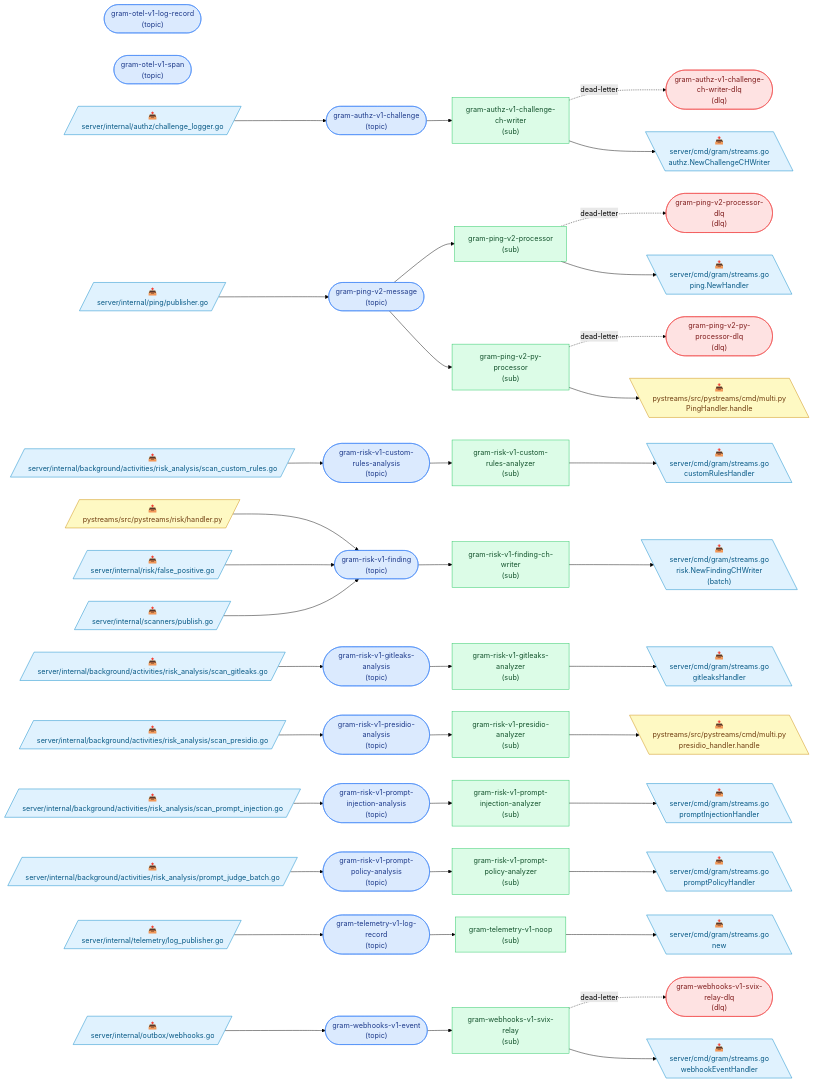
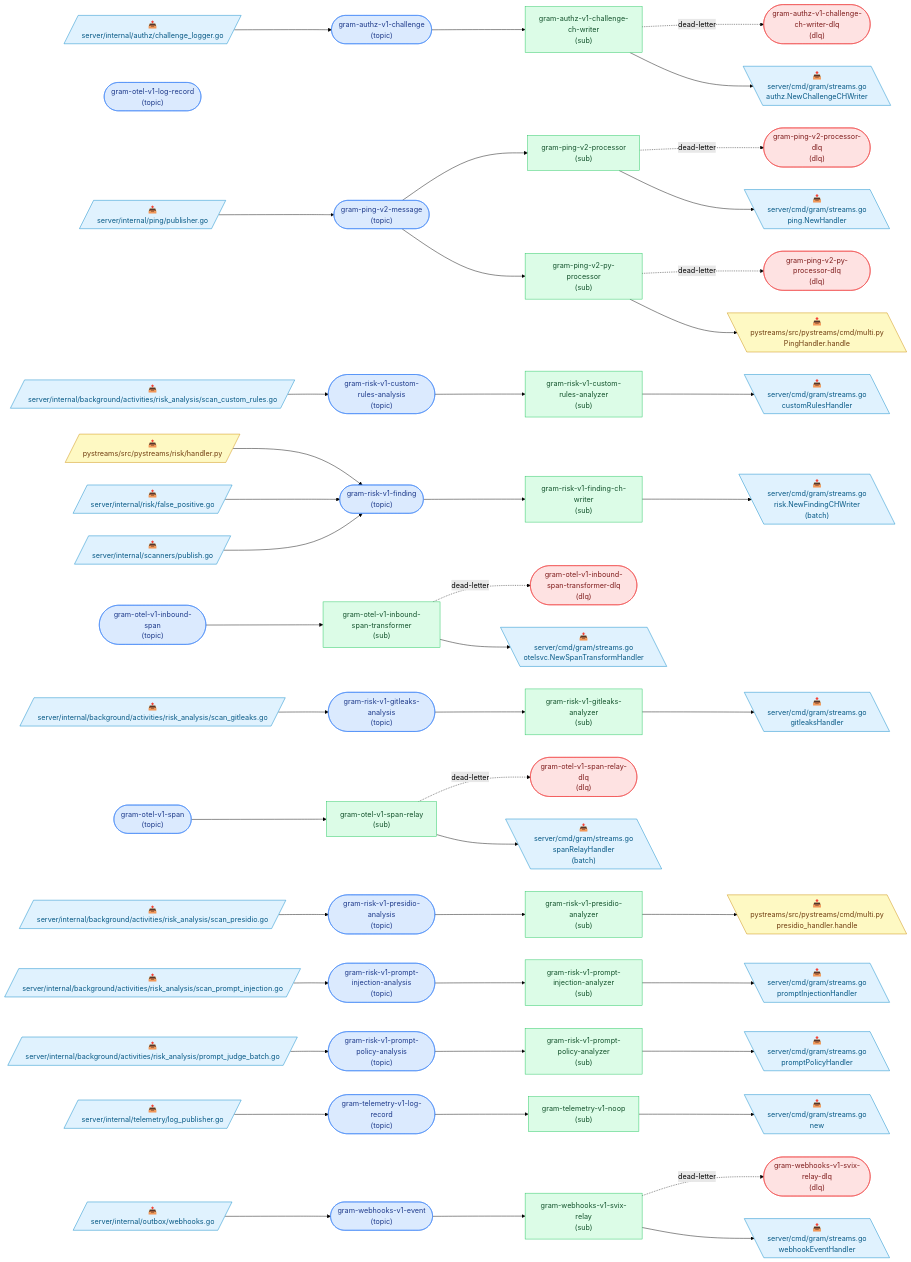
One commit to speakeasy-api/gram changed the diagram in docs/pubsub-topology.md. Above: the diagram before and after it, drawn with Mermaid (forest theme). The commit also changed other lines of this file and 89 other files, not shown here.

````diff
--- a/docs/pubsub-topology.md
+++ b/docs/pubsub-topology.md
@@ -17,8 +17,11 @@
 
   t_gram_authz_v1_challenge(["gram-authz-v1-challenge<br/>(topic)"]):::topic
   t_gram_authz_v1_challenge_ch_writer_dlq(["gram-authz-v1-challenge-ch-writer-dlq<br/>(dlq)"]):::dlq
+  t_gram_otel_v1_inbound_span(["gram-otel-v1-inbound-span<br/>(topic)"]):::topic
+  t_gram_otel_v1_inbound_span_transformer_dlq(["gram-otel-v1-inbound-span-transformer-dlq<br/>(dlq)"]):::dlq
   t_gram_otel_v1_log_record(["gram-otel-v1-log-record<br/>(topic)"]):::topic
   t_gram_otel_v1_span(["gram-otel-v1-span<br/>(topic)"]):::topic
+  t_gram_otel_v1_span_relay_dlq(["gram-otel-v1-span-relay-dlq<br/>(dlq)"]):::dlq
   t_gram_ping_v2_message(["gram-ping-v2-message<br/>(topic)"]):::topic
   t_gram_ping_v2_processor_dlq(["gram-ping-v2-processor-dlq<br/>(dlq)"]):::dlq
   t_gram_ping_v2_py_processor_dlq(["gram-ping-v2-py-processor-dlq<br/>(dlq)"]):::dlq
@@ -32,6 +35,8 @@
   t_gram_webhooks_v1_event(["gram-webhooks-v1-event<br/>(topic)"]):::topic
   t_gram_webhooks_v1_svix_relay_dlq(["gram-webhooks-v1-svix-relay-dlq<br/>(dlq)"]):::dlq
   s_gram_authz_v1_challenge_ch_writer["gram-authz-v1-challenge-ch-writer<br/>(sub)"]:::sub
+  s_gram_otel_v1_inbound_span_transformer["gram-otel-v1-inbound-span-transformer<br/>(sub)"]:::sub
+  s_gram_otel_v1_span_relay["gram-otel-v1-span-relay<br/>(sub)"]:::sub
   s_gram_ping_v2_processor["gram-ping-v2-processor<br/>(sub)"]:::sub
   s_gram_ping_v2_py_processor["gram-ping-v2-py-processor<br/>(sub)"]:::sub
   s_gram_risk_v1_custom_rules_analyzer["gram-risk-v1-custom-rules-analyzer<br/>(sub)"]:::sub
@@ -69,6 +74,10 @@
   p11 --> t_gram_webhooks_v1_event
   t_gram_authz_v1_challenge --> s_gram_authz_v1_challenge_ch_writer
   s_gram_authz_v1_challenge_ch_writer -. dead-letter .-> t_gram_authz_v1_challenge_ch_writer_dlq
+  t_gram_otel_v1_inbound_span --> s_gram_otel_v1_inbound_span_transformer
+  s_gram_otel_v1_inbound_span_transformer -. dead-letter .-> t_gram_otel_v1_inbound_span_transformer_dlq
+  t_gram_otel_v1_span --> s_gram_otel_v1_span_relay
+  s_gram_otel_v1_span_relay -. dead-letter .-> t_gram_otel_v1_span_relay_dlq
   t_gram_ping_v2_message --> s_gram_ping_v2_processor
   s_gram_ping_v2_processor -. dead-letter .-> t_gram_ping_v2_processor_dlq
   t_gram_ping_v2_message --> s_gram_ping_v2_py_processor
@@ -84,24 +93,28 @@
   s_gram_webhooks_v1_svix_relay -. dead-letter .-> t_gram_webhooks_v1_svix_relay_dlq
   c12[\"📥<br/>server/cmd/gram/streams.go<br/>authz.NewChallengeCHWriter"\]:::go
   s_gram_authz_v1_challenge_ch_writer --> c12
-  c13[\"📥<br/>server/cmd/gram/streams.go<br/>ping.NewHandler"\]:::go
-  s_gram_ping_v2_processor --> c13
-  c14[\"📥<br/>pystreams/src/pystreams/cmd/multi.py<br/>PingHandler.handle"\]:::python
-  s_gram_ping_v2_py_processor --> c14
-  c15[\"📥<br/>server/cmd/gram/streams.go<br/>customRulesHandler"\]:::go
-  s_gram_risk_v1_custom_rules_analyzer --> c15
-  c16[\"📥<br/>server/cmd/gram/streams.go<br/>risk.NewFindingCHWriter<br/>(batch)"\]:::go
-  s_gram_risk_v1_finding_ch_writer --> c16
-  c17[\"📥<br/>server/cmd/gram/streams.go<br/>gitleaksHandler"\]:::go
-  s_gram_risk_v1_gitleaks_analyzer --> c17
-  c18[\"📥<br/>pystreams/src/pystreams/cmd/multi.py<br/>presidio_handler.handle"\]:::python
-  s_gram_risk_v1_presidio_analyzer --> c18
-  c19[\"📥<br/>server/cmd/gram/streams.go<br/>promptInjectionHandler"\]:::go
-  s_gram_risk_v1_prompt_injection_analyzer --> c19
-  c20[\"📥<br/>server/cmd/gram/streams.go<br/>promptPolicyHandler"\]:::go
-  s_gram_risk_v1_prompt_policy_analyzer --> c20
-  c21[\"📥<br/>server/cmd/gram/streams.go<br/>new"\]:::go
-  s_gram_telemetry_v1_noop --> c21
-  c22[\"📥<br/>server/cmd/gram/streams.go<br/>webhookEventHandler"\]:::go
-  s_gram_webhooks_v1_svix_relay --> c22
+  c13[\"📥<br/>server/cmd/gram/streams.go<br/>otelsvc.NewSpanTransformHandler"\]:::go
+  s_gram_otel_v1_inbound_span_transformer --> c13
+  c14[\"📥<br/>server/cmd/gram/streams.go<br/>spanRelayHandler<br/>(batch)"\]:::go
+  s_gram_otel_v1_span_relay --> c14
+  c15[\"📥<br/>server/cmd/gram/streams.go<br/>ping.NewHandler"\]:::go
+  s_gram_ping_v2_processor --> c15
+  c16[\"📥<br/>pystreams/src/pystreams/cmd/multi.py<br/>PingHandler.handle"\]:::python
+  s_gram_ping_v2_py_processor --> c16
+  c17[\"📥<br/>server/cmd/gram/streams.go<br/>customRulesHandler"\]:::go
+  s_gram_risk_v1_custom_rules_analyzer --> c17
+  c18[\"📥<br/>server/cmd/gram/streams.go<br/>risk.NewFindingCHWriter<br/>(batch)"\]:::go
+  s_gram_risk_v1_finding_ch_writer --> c18
+  c19[\"📥<br/>server/cmd/gram/streams.go<br/>gitleaksHandler"\]:::go
+  s_gram_risk_v1_gitleaks_analyzer --> c19
+  c20[\"📥<br/>pystreams/src/pystreams/cmd/multi.py<br/>presidio_handler.handle"\]:::python
+  s_gram_risk_v1_presidio_analyzer --> c20
+  c21[\"📥<br/>server/cmd/gram/streams.go<br/>promptInjectionHandler"\]:::go
+  s_gram_risk_v1_prompt_injection_analyzer --> c21
+  c22[\"📥<br/>server/cmd/gram/streams.go<br/>promptPolicyHandler"\]:::go
+  s_gram_risk_v1_prompt_policy_analyzer --> c22
+  c23[\"📥<br/>server/cmd/gram/streams.go<br/>new"\]:::go
+  s_gram_telemetry_v1_noop --> c23
+  c24[\"📥<br/>server/cmd/gram/streams.go<br/>webhookEventHandler"\]:::go
+  s_gram_webhooks_v1_svix_relay --> c24
 ```
````
